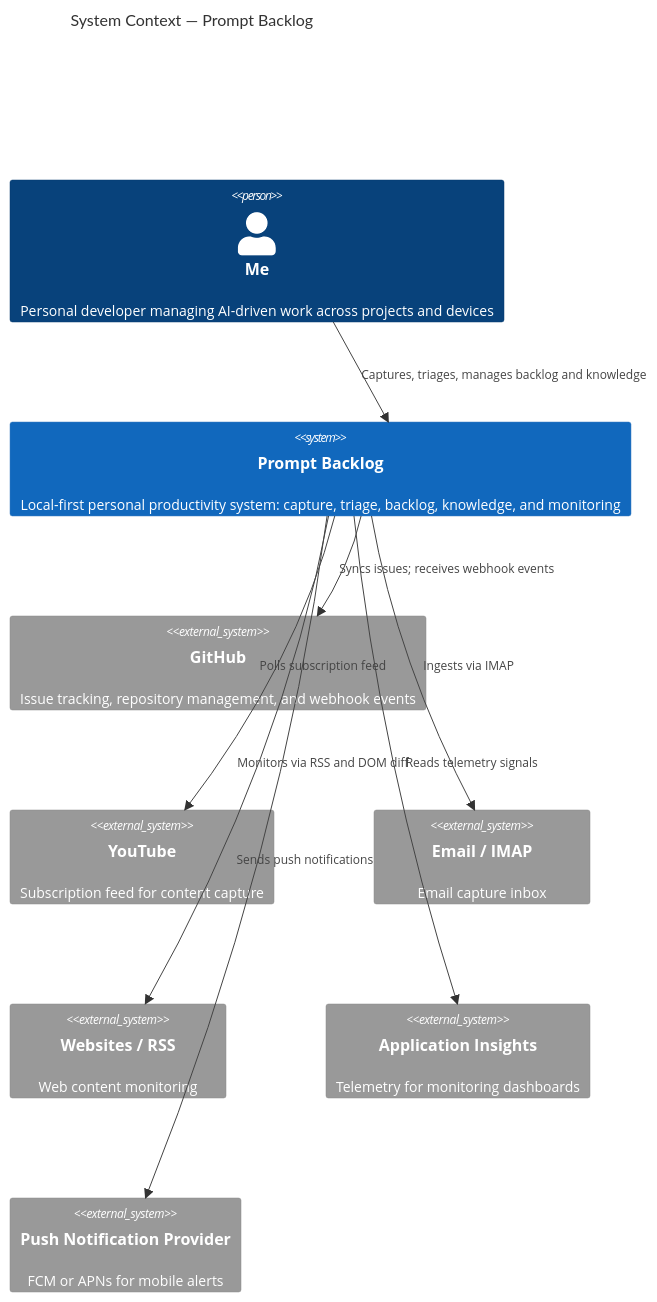
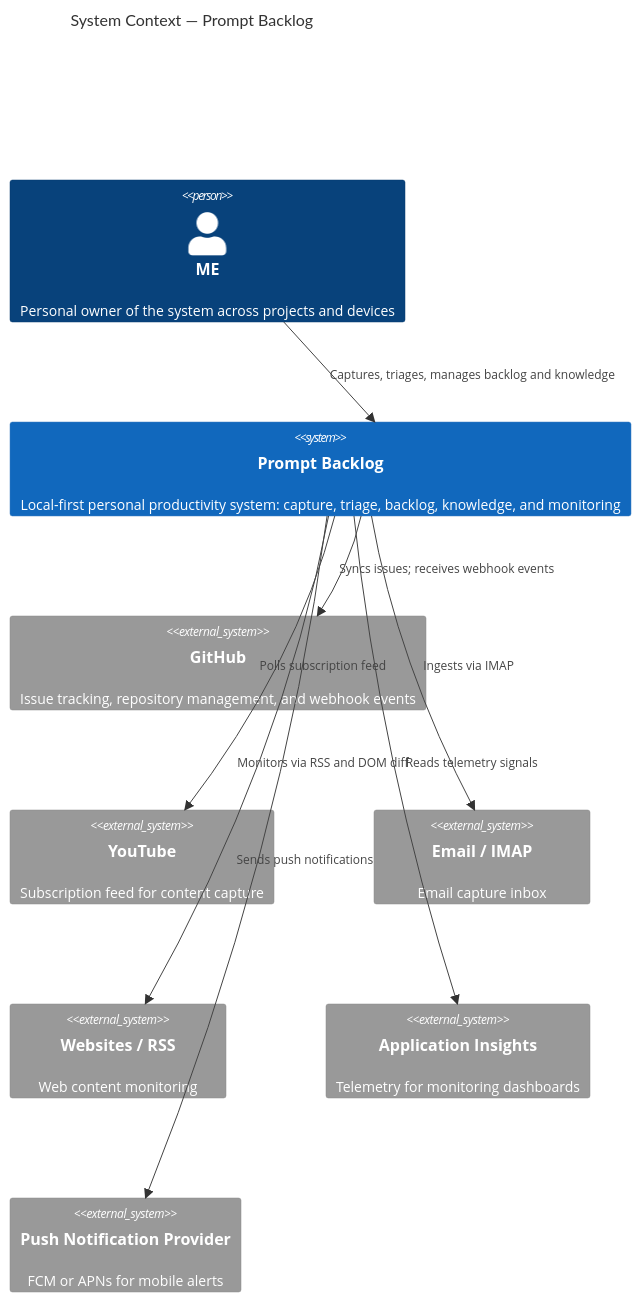
Before and after one commit to JSdotNet/Backlog: the diagram in .arc42/03-context-and-scope.md, drawn with Mermaid. The commit also changed other lines of this file and 3 other files, not shown here.

````diff
--- a/.arc42/03-context-and-scope.md
+++ b/.arc42/03-context-and-scope.md
@@ -17,23 +17,23 @@
 ```mermaid
 C4Context
     title System Context — Prompt Backlog
 
-    Person(user, "Me", "Personal developer managing AI-driven work across projects and devices")
+    Person(user, "ME", "Personal owner of the system across projects and devices")
 
     System(promptBacklog, "Prompt Backlog", "Local-first personal productivity system: capture, triage, backlog, knowledge, and monitoring")
 
     System_Ext(github, "GitHub", "Issue tracking, repository management, and webhook events")
     System_Ext(youtube, "YouTube", "Subscription feed for content capture")
     System_Ext(email, "Email / IMAP", "Email capture inbox")
     System_Ext(websites, "Websites / RSS", "Web content monitoring")
     System_Ext(appInsights, "Application Insights", "Telemetry for monitoring dashboards")
     System_Ext(pushProvider, "Push Notification Provider", "FCM or APNs for mobile alerts")
 
     Rel(user, promptBacklog, "Captures, triages, manages backlog and knowledge")
     Rel(promptBacklog, github, "Syncs issues; receives webhook events")
     Rel(promptBacklog, youtube, "Polls subscription feed")
     Rel(promptBacklog, email, "Ingests via IMAP")
     Rel(promptBacklog, websites, "Monitors via RSS and DOM diff")
     Rel(promptBacklog, appInsights, "Reads telemetry signals")
     Rel(promptBacklog, pushProvider, "Sends push notifications")
 ```
````
